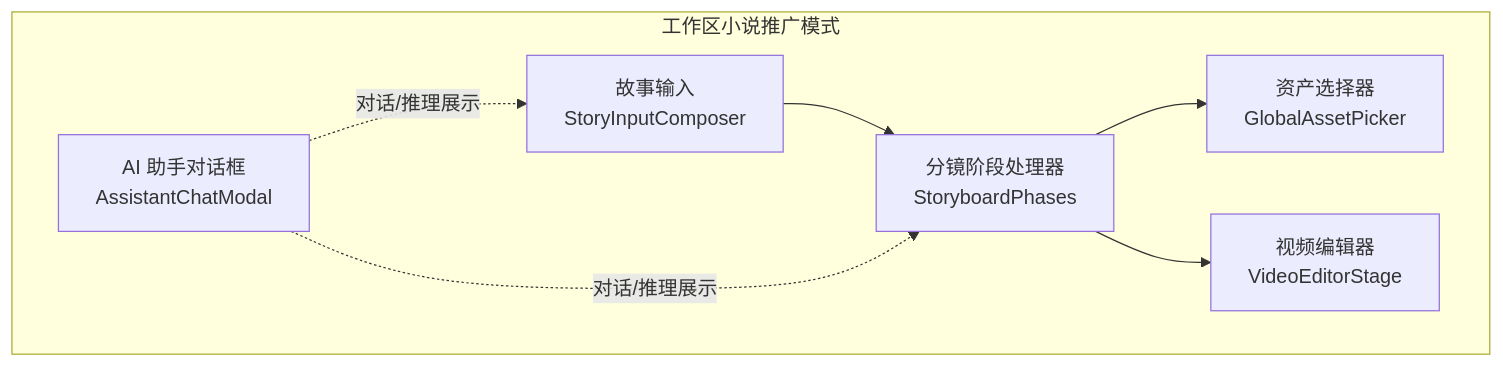
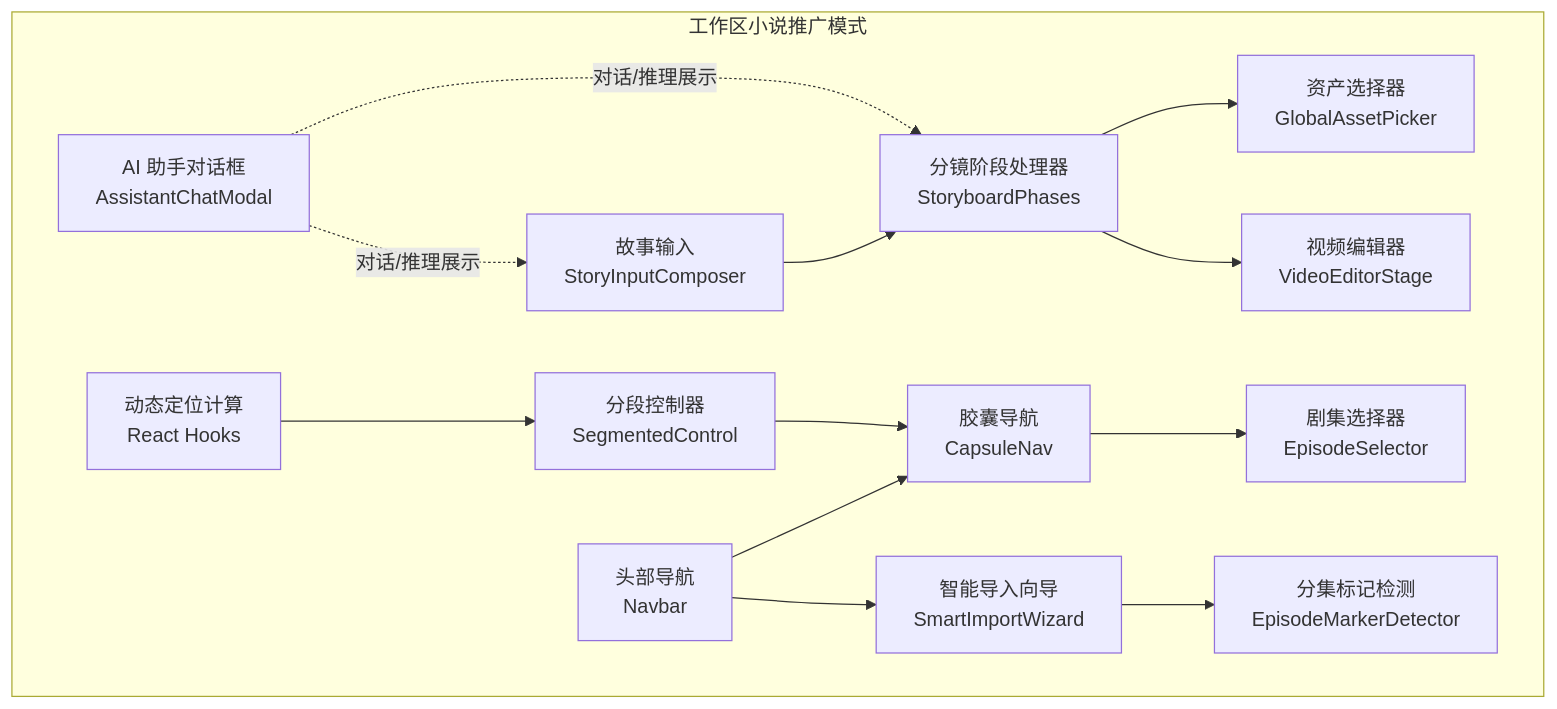
Before and after one commit to lyl2021/waoowaoo: the first of 13 diagrams in .qoder/repowiki/zh/content/前端组件架构/工作区组件/工作区组件.md, drawn with Mermaid. The commit also changed other lines of this file and 15 other files, not shown here.

````diff
--- a/.qoder/repowiki/zh/content/前端组件架构/工作区组件/工作区组件.md
+++ b/.qoder/repowiki/zh/content/前端组件架构/工作区组件/工作区组件.md
@@ -40,15 +63,28 @@
 ```mermaid
 graph TB
 subgraph "工作区小说推广模式"
 A["故事输入<br/>StoryInputComposer"]
 B["资产选择器<br/>GlobalAssetPicker"]
 C["AI 助手对话框<br/>AssistantChatModal"]
 D["视频编辑器<br/>VideoEditorStage"]
 E["分镜阶段处理器<br/>StoryboardPhases"]
+F["胶囊导航<br/>CapsuleNav"]
+G["剧集选择器<br/>EpisodeSelector"]
+H["头部导航<br/>Navbar"]
+I["智能导入向导<br/>SmartImportWizard"]
+J["分集标记检测<br/>EpisodeMarkerDetector"]
+K["分段控制器<br/>SegmentedControl"]
+L["动态定位计算<br/>React Hooks"]
 end
 A --> E
 E --> B
 E --> D
 C -. 对话/推理展示 .-> A
 C -. 对话/推理展示 .-> E
+F --> G
+H --> F
+H --> I
+I --> J
+K --> F
+L --> K
 ```
````
